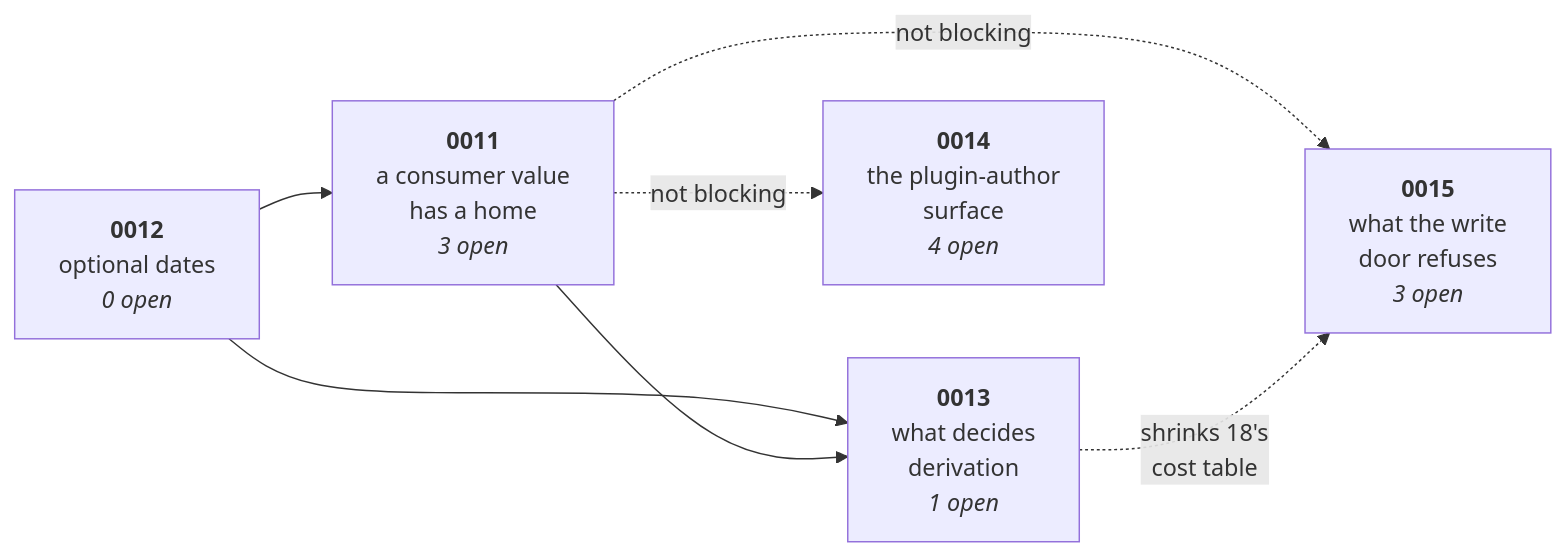
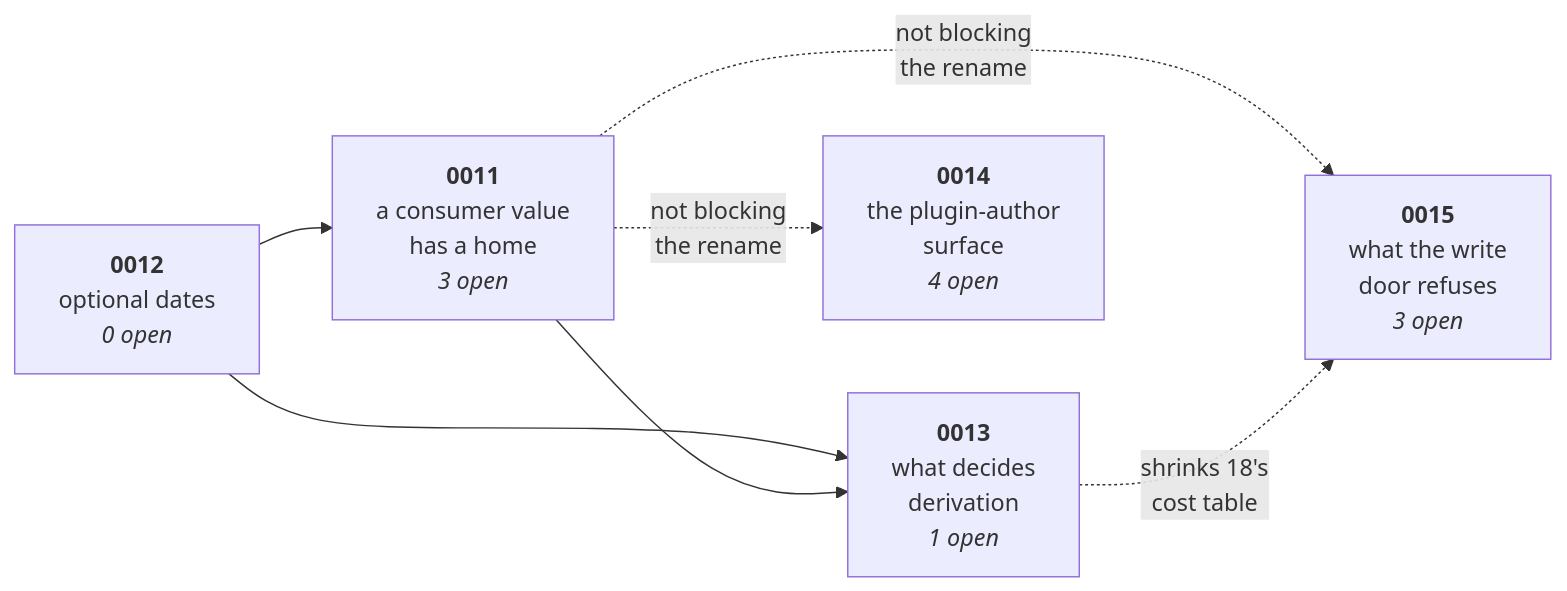
One commit to freegantt/freegantt changed the diagram in plans/field-redesign/README.md. Above: the diagram before and after it, drawn with Mermaid. The commit also changed other lines of this file and 15 other files, not shown here.

````diff
--- a/plans/field-redesign/README.md
+++ b/plans/field-redesign/README.md
@@ -7,9 +7,9 @@
 ```mermaid
 flowchart LR
   D["<b>0012</b><br/>optional dates<br/><i>0 open</i>"] --> P["<b>0011</b><br/>a consumer value<br/>has a home<br/><i>3 open</i>"]
   D --> R["<b>0013</b><br/>what decides<br/>derivation<br/><i>1 open</i>"]
   P --> R
-  P -.->|"not blocking"| G["<b>0014</b><br/>the plugin-author<br/>surface<br/><i>4 open</i>"]
-  P -.->|"not blocking"| W["<b>0015</b><br/>what the write<br/>door refuses<br/><i>3 open</i>"]
+  P -.->|"not blocking<br/>the rename"| G["<b>0014</b><br/>the plugin-author<br/>surface<br/><i>4 open</i>"]
+  P -.->|"not blocking<br/>the rename"| W["<b>0015</b><br/>what the write<br/>door refuses<br/><i>3 open</i>"]
   R -.->|"shrinks 18's<br/>cost table"| W
 ```
````
